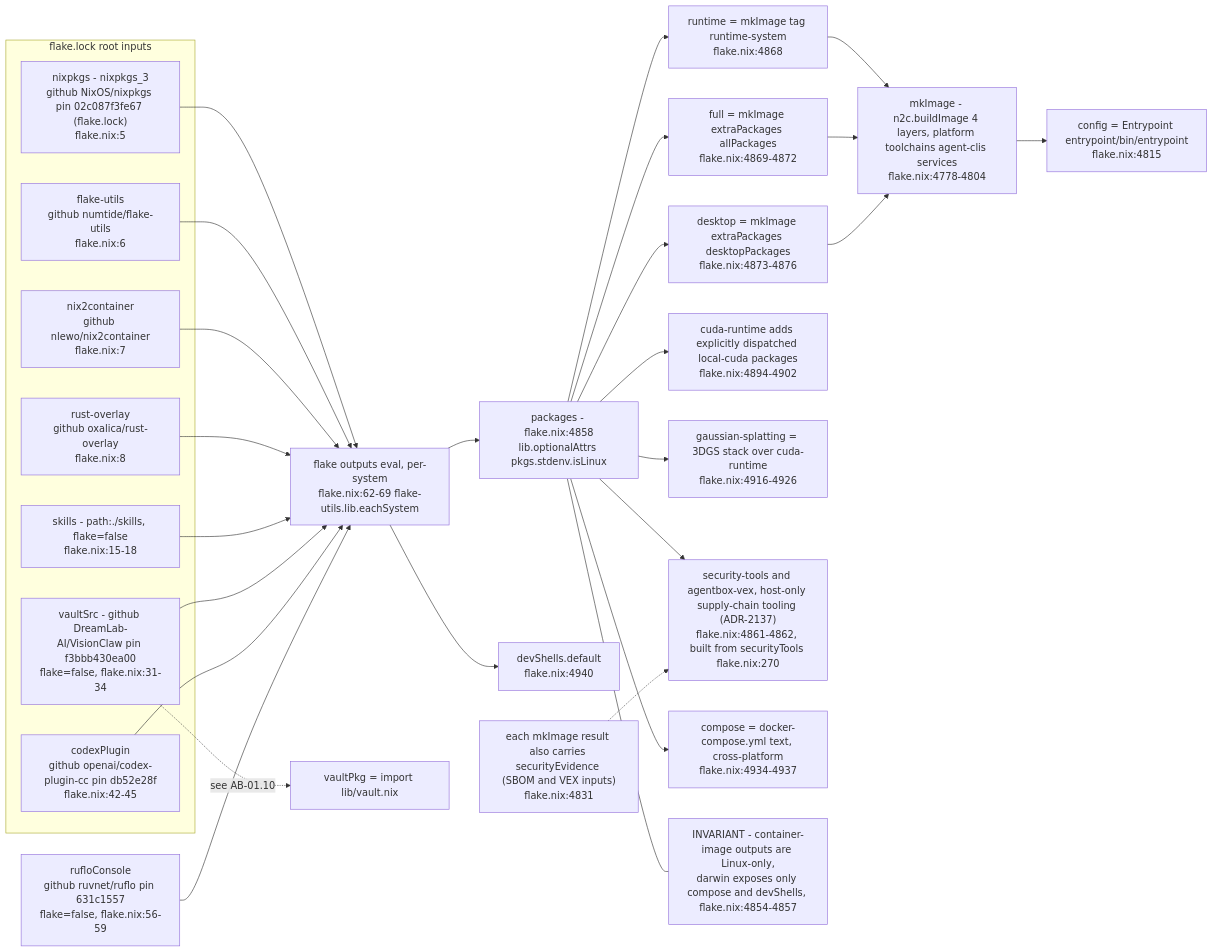
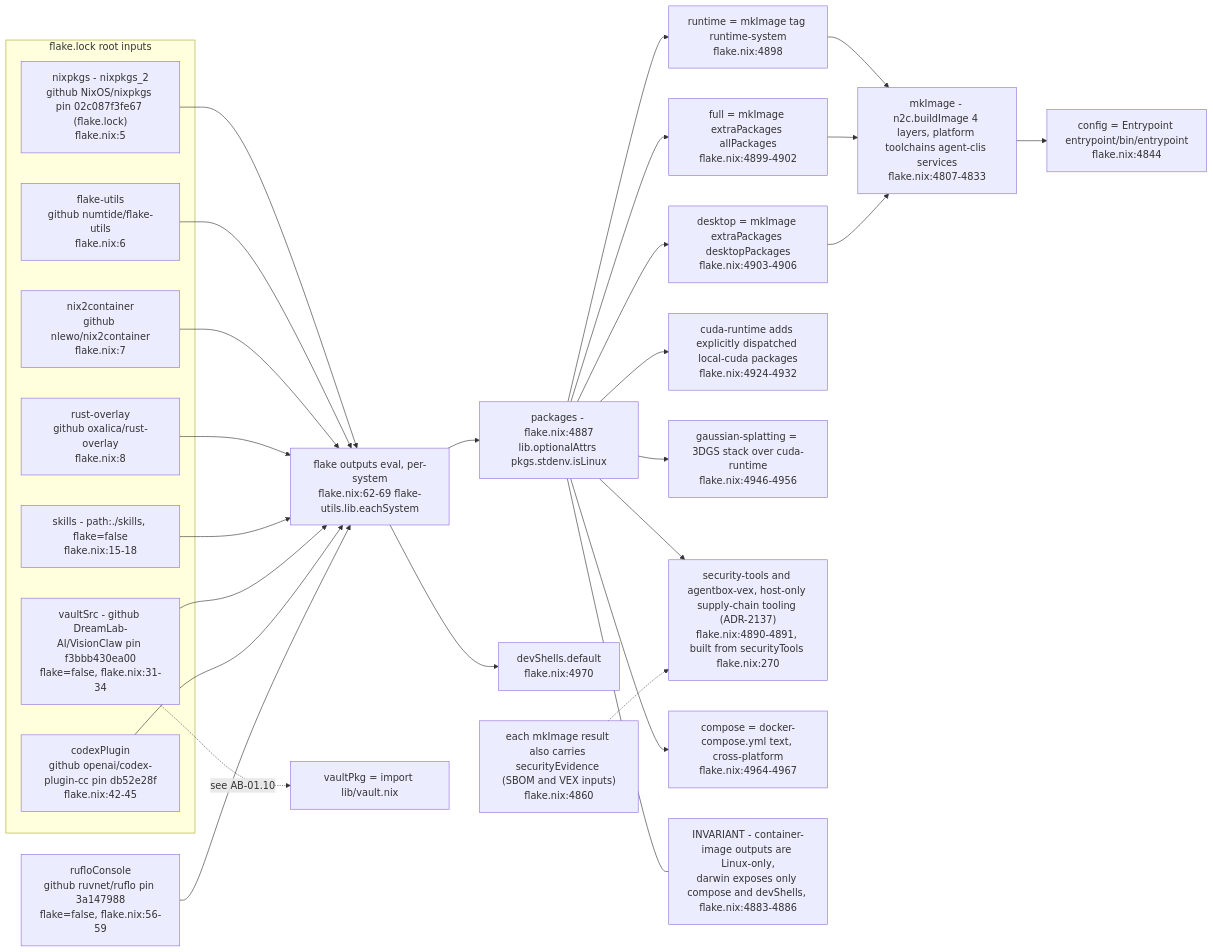
The eighth of 10 diagrams in docs/diagrams/agentbox/01-nix-flake-composition.md (DreamLab-AI/VisionFlow), drawn with Mermaid before and after one commit. The commit also changed other lines of this file, not shown here.

First line of the commit message:
diagrams(agentbox): re-verify AB-01 at agentbox 59b1aca

````diff
--- a/docs/diagrams/agentbox/01-nix-flake-composition.md
+++ b/docs/diagrams/agentbox/01-nix-flake-composition.md
@@ -386,44 +386,44 @@
 ```mermaid
 flowchart LR
     subgraph INPUTS["flake.lock root inputs"]
-        NIXPKGS["nixpkgs - nixpkgs_3<br/>github NixOS/nixpkgs pin 02c087f3fe67 (flake.lock)<br/>flake.nix:5"]
+        NIXPKGS["nixpkgs - nixpkgs_2<br/>github NixOS/nixpkgs pin 02c087f3fe67 (flake.lock)<br/>flake.nix:5"]
         FU["flake-utils<br/>github numtide/flake-utils<br/>flake.nix:6"]
         N2C["nix2container<br/>github nlewo/nix2container<br/>flake.nix:7"]
         RO["rust-overlay<br/>github oxalica/rust-overlay<br/>flake.nix:8"]
         SKILLS["skills - path:./skills, flake=false<br/>flake.nix:15-18"]
         VAULTSRC["vaultSrc - github DreamLab-AI/VisionClaw pin f3bbb430ea00<br/>flake=false, flake.nix:31-34"]
         CODEX["codexPlugin<br/>github openai/codex-plugin-cc pin db52e28f<br/>flake.nix:42-45"]
     end
 
     NIXPKGS --> EVAL["flake outputs eval, per-system<br/>flake.nix:62-69 flake-utils.lib.eachSystem"]
     FU --> EVAL
     N2C --> EVAL
     RO --> EVAL
     SKILLS --> EVAL
     VAULTSRC --> EVAL
     CODEX --> EVAL
-    RUFLO["rufloConsole<br/>github ruvnet/ruflo pin 631c1557<br/>flake=false, flake.nix:56-59"]
+    RUFLO["rufloConsole<br/>github ruvnet/ruflo pin 3a147988<br/>flake=false, flake.nix:56-59"]
     RUFLO --> EVAL
 
-    EVAL --> PACKAGES["packages - flake.nix:4858<br/>lib.optionalAttrs pkgs.stdenv.isLinux"]
-    EVAL --> DEVSHELL["devShells.default<br/>flake.nix:4940"]
+    EVAL --> PACKAGES["packages - flake.nix:4887<br/>lib.optionalAttrs pkgs.stdenv.isLinux"]
+    EVAL --> DEVSHELL["devShells.default<br/>flake.nix:4970"]
 
-    PACKAGES --> RUNTIME["runtime = mkImage tag runtime-system<br/>flake.nix:4868"]
-    PACKAGES --> FULL["full = mkImage extraPackages allPackages<br/>flake.nix:4869-4872"]
-    PACKAGES --> DESKTOP["desktop = mkImage extraPackages desktopPackages<br/>flake.nix:4873-4876"]
-    PACKAGES --> CUDART["cuda-runtime adds explicitly dispatched local-cuda packages<br/>flake.nix:4894-4902"]
-    PACKAGES --> GSPLAT["gaussian-splatting = 3DGS stack over cuda-runtime<br/>flake.nix:4916-4926"]
-    PACKAGES --> SECTOOLS["security-tools and agentbox-vex, host-only supply-chain tooling (ADR-2137)<br/>flake.nix:4861-4862, built from securityTools flake.nix:270"]
-    MKIMG2["each mkImage result also carries securityEvidence (SBOM and VEX inputs)<br/>flake.nix:4831"] -.-> SECTOOLS
-    PACKAGES --> COMPOSE["compose = docker-compose.yml text, cross-platform<br/>flake.nix:4934-4937"]
+    PACKAGES --> RUNTIME["runtime = mkImage tag runtime-system<br/>flake.nix:4898"]
+    PACKAGES --> FULL["full = mkImage extraPackages allPackages<br/>flake.nix:4899-4902"]
+    PACKAGES --> DESKTOP["desktop = mkImage extraPackages desktopPackages<br/>flake.nix:4903-4906"]
+    PACKAGES --> CUDART["cuda-runtime adds explicitly dispatched local-cuda packages<br/>flake.nix:4924-4932"]
+    PACKAGES --> GSPLAT["gaussian-splatting = 3DGS stack over cuda-runtime<br/>flake.nix:4946-4956"]
+    PACKAGES --> SECTOOLS["security-tools and agentbox-vex, host-only supply-chain tooling (ADR-2137)<br/>flake.nix:4890-4891, built from securityTools flake.nix:270"]
+    MKIMG2["each mkImage result also carries securityEvidence (SBOM and VEX inputs)<br/>flake.nix:4860"] -.-> SECTOOLS
+    PACKAGES --> COMPOSE["compose = docker-compose.yml text, cross-platform<br/>flake.nix:4964-4967"]
 
-    RUNTIME --> MKIMG["mkImage - n2c.buildImage 4 layers, platform toolchains agent-clis services<br/>flake.nix:4778-4804"]
+    RUNTIME --> MKIMG["mkImage - n2c.buildImage 4 layers, platform toolchains agent-clis services<br/>flake.nix:4807-4833"]
     FULL --> MKIMG
     DESKTOP --> MKIMG
 
-    MKIMG --> ENTRYPOINT["config = Entrypoint entrypoint/bin/entrypoint<br/>flake.nix:4815"]
+    MKIMG --> ENTRYPOINT["config = Entrypoint entrypoint/bin/entrypoint<br/>flake.nix:4844"]
     VAULTSRC -.->|"see AB-01.10"| VAULTPKG["vaultPkg = import lib/vault.nix"]
 
-    NOTE1["INVARIANT - container-image outputs are Linux-only,<br/>darwin exposes only compose and devShells, flake.nix:4854-4857"]
+    NOTE1["INVARIANT - container-image outputs are Linux-only,<br/>darwin exposes only compose and devShells, flake.nix:4883-4886"]
     PACKAGES --- NOTE1
 ```
````
